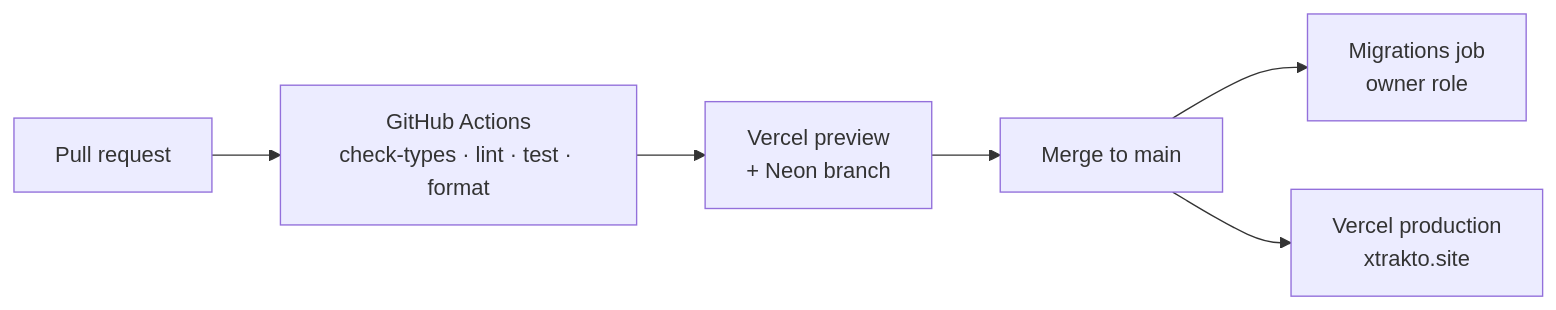
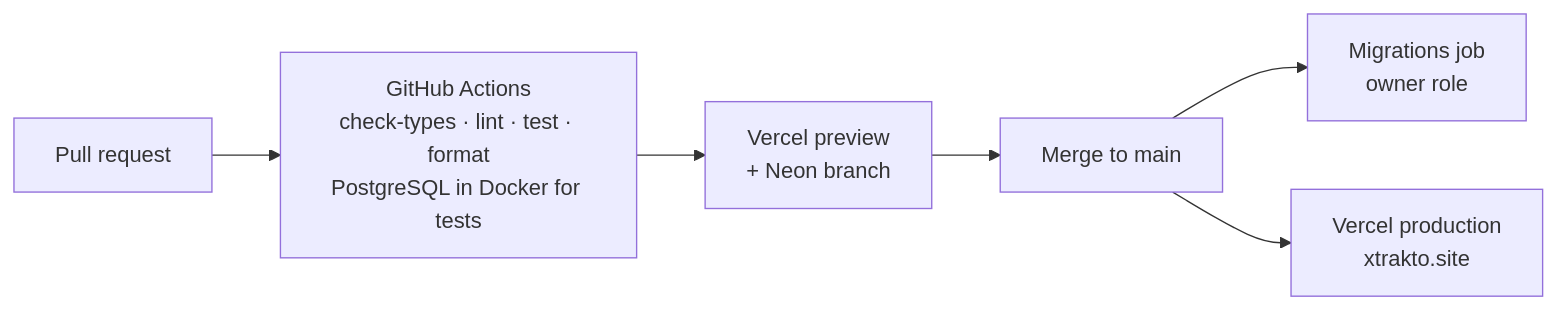
Before and after one commit to ingcarlostello/xtrakto: the seventh of 7 diagrams in docs/ARCHITECTURE.md, drawn with Mermaid. The commit also changed 21 other files, not shown here.

````diff
--- a/docs/ARCHITECTURE.md
+++ b/docs/ARCHITECTURE.md
@@ -314,8 +314,8 @@
 ```mermaid
 flowchart LR
-    PR["Pull request"] --> CI["GitHub Actions<br/>check-types · lint · test · format"]
+    PR["Pull request"] --> CI["GitHub Actions<br/>check-types · lint · test · format<br/>PostgreSQL in Docker for tests"]
     CI --> PV["Vercel preview<br/>+ Neon branch"]
     PV --> M["Merge to main"]
     M --> MG["Migrations job<br/>owner role"]
     M --> PROD["Vercel production<br/>xtrakto.site"]
 ```
````
